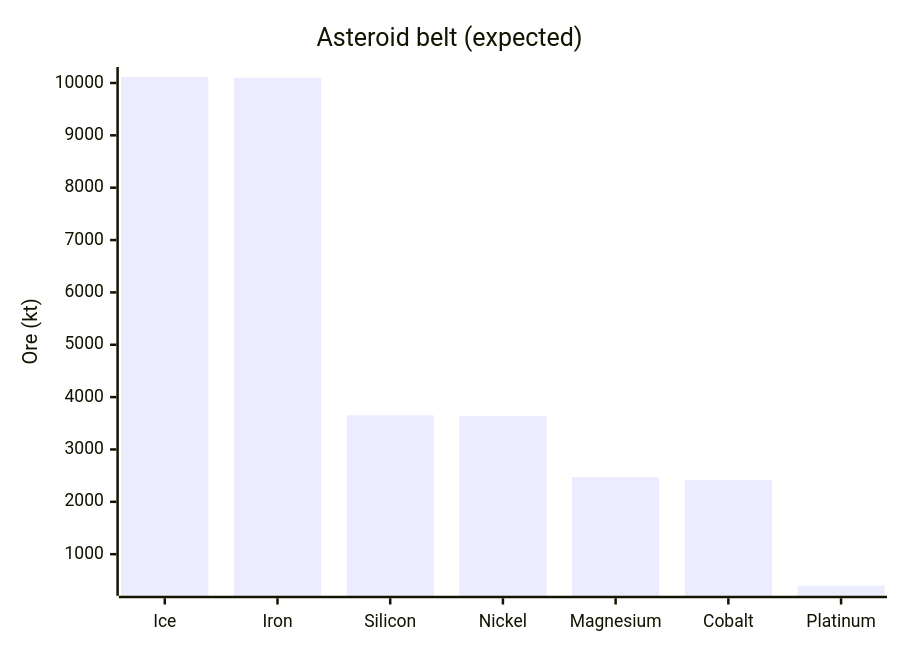
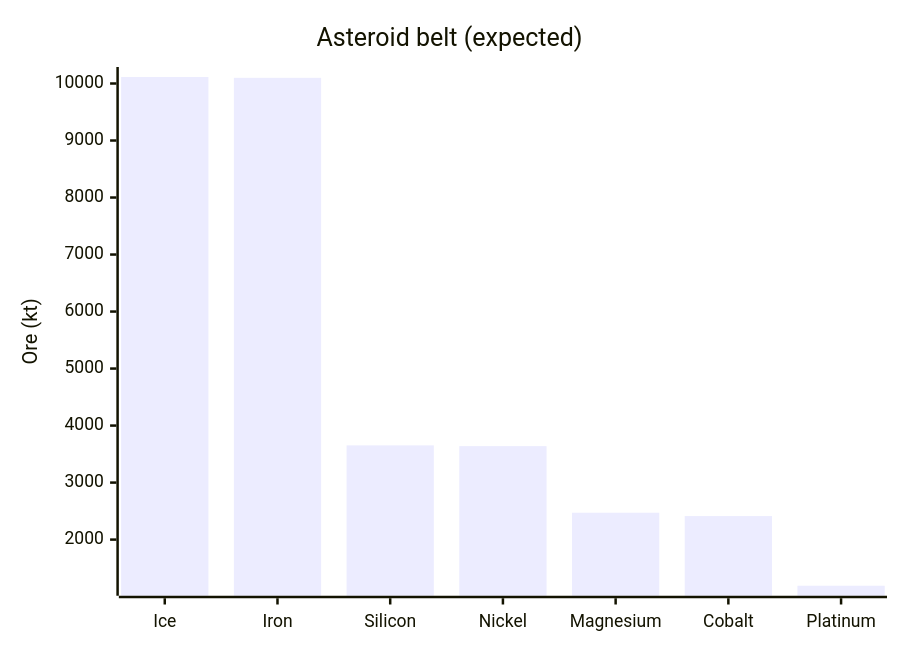
Before and after one commit to CometWorks/worlds: the third of 4 diagrams in octahedron/ORES.md, drawn with Mermaid. The commit also changed other lines of this file and 18 other files, not shown here.

````diff
--- a/octahedron/ORES.md
+++ b/octahedron/ORES.md
@@ -91,7 +92,7 @@
 ```mermaid
 xychart-beta
     title "Asteroid belt (expected)"
     x-axis ["Ice", "Iron", "Silicon", "Nickel", "Magnesium", "Cobalt", "Platinum"]
     y-axis "Ore (kt)"
-    bar [10114.1, 10099.5, 3652.9, 3639.7, 2471.3, 2412.9, 396.9]
+    bar [10114.1, 10099.5, 3652.9, 3639.7, 2471.3, 2412.9, 1190.6]
 ```
````
